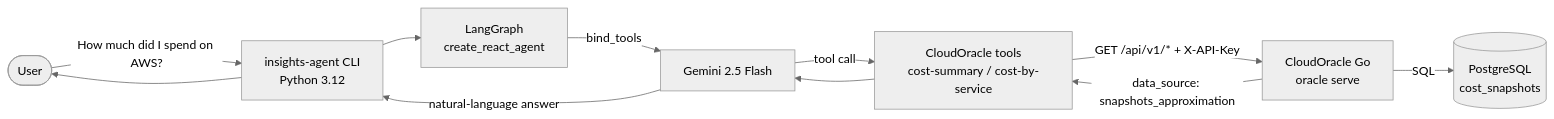
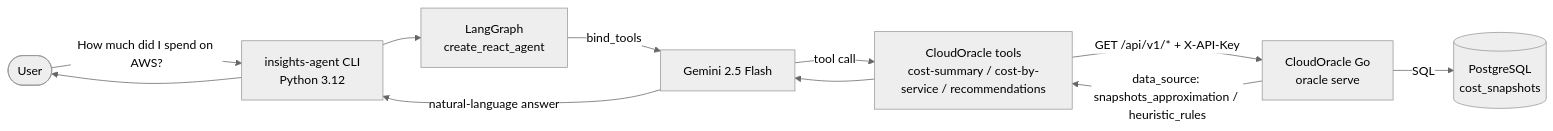
One commit to Cro22/CloudOracle changed the diagram in README.md. Above: the diagram before and after it, drawn with Mermaid (neutral theme). The commit also changed other lines of this file and 7 other files, not shown here.

First line of the commit message:
feat(insights-agent): recommendations tool + /api/v1/recommendations endpoint

````diff
--- a/README.md
+++ b/README.md
@@ -18,13 +18,13 @@
 ```mermaid
 flowchart LR
     U([User]) -->|"How much did I spend on AWS?"| CLI[insights-agent CLI<br/>Python 3.12]
     CLI --> G[LangGraph<br/>create_react_agent]
     G -->|"bind_tools"| LLM[Gemini 2.5 Flash]
-    LLM -->|"tool call"| T[CloudOracle tools<br/>cost-summary / cost-by-service]
+    LLM -->|"tool call"| T[CloudOracle tools<br/>cost-summary / cost-by-service / recommendations]
     T -->|"GET /api/v1/* + X-API-Key"| GO[CloudOracle Go<br/>oracle serve]
     GO -->|"SQL"| DB[(PostgreSQL<br/>cost_snapshots)]
-    GO -->|"data_source: snapshots_approximation"| T
+    GO -->|"data_source: snapshots_approximation / heuristic_rules"| T
     T --> LLM
     LLM -->|"natural-language answer"| CLI
     CLI --> U
 ```
````
